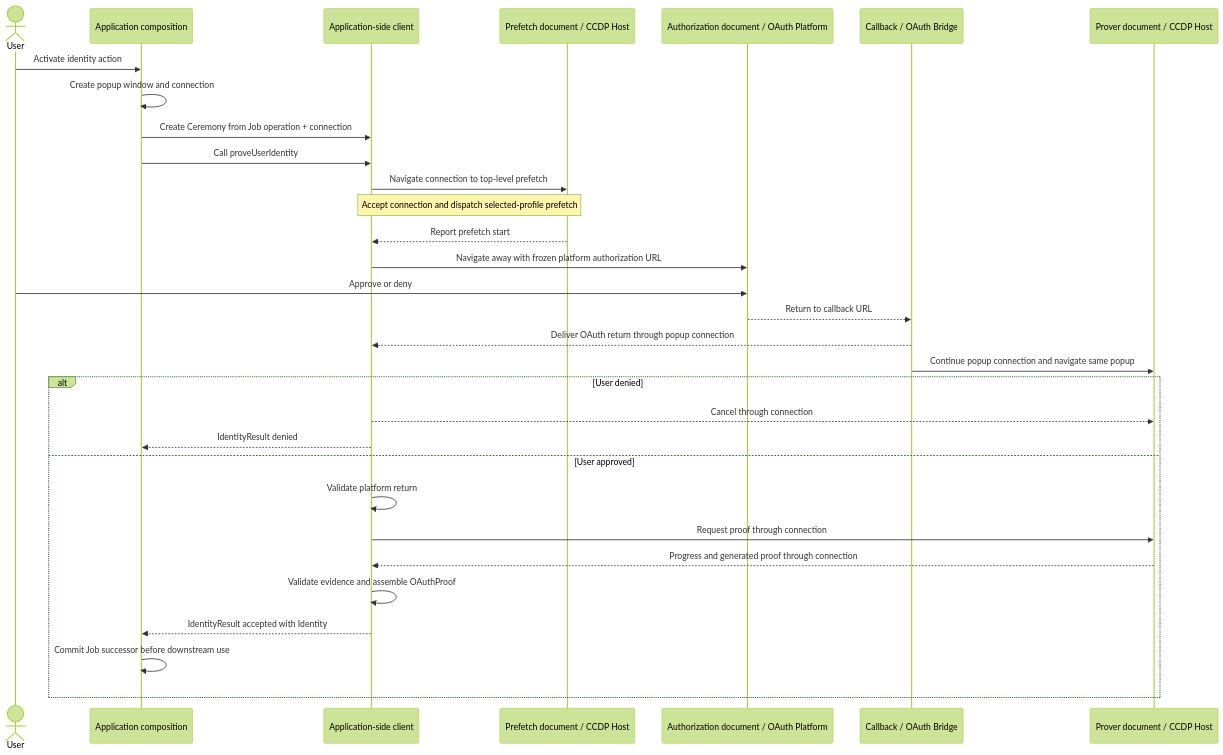
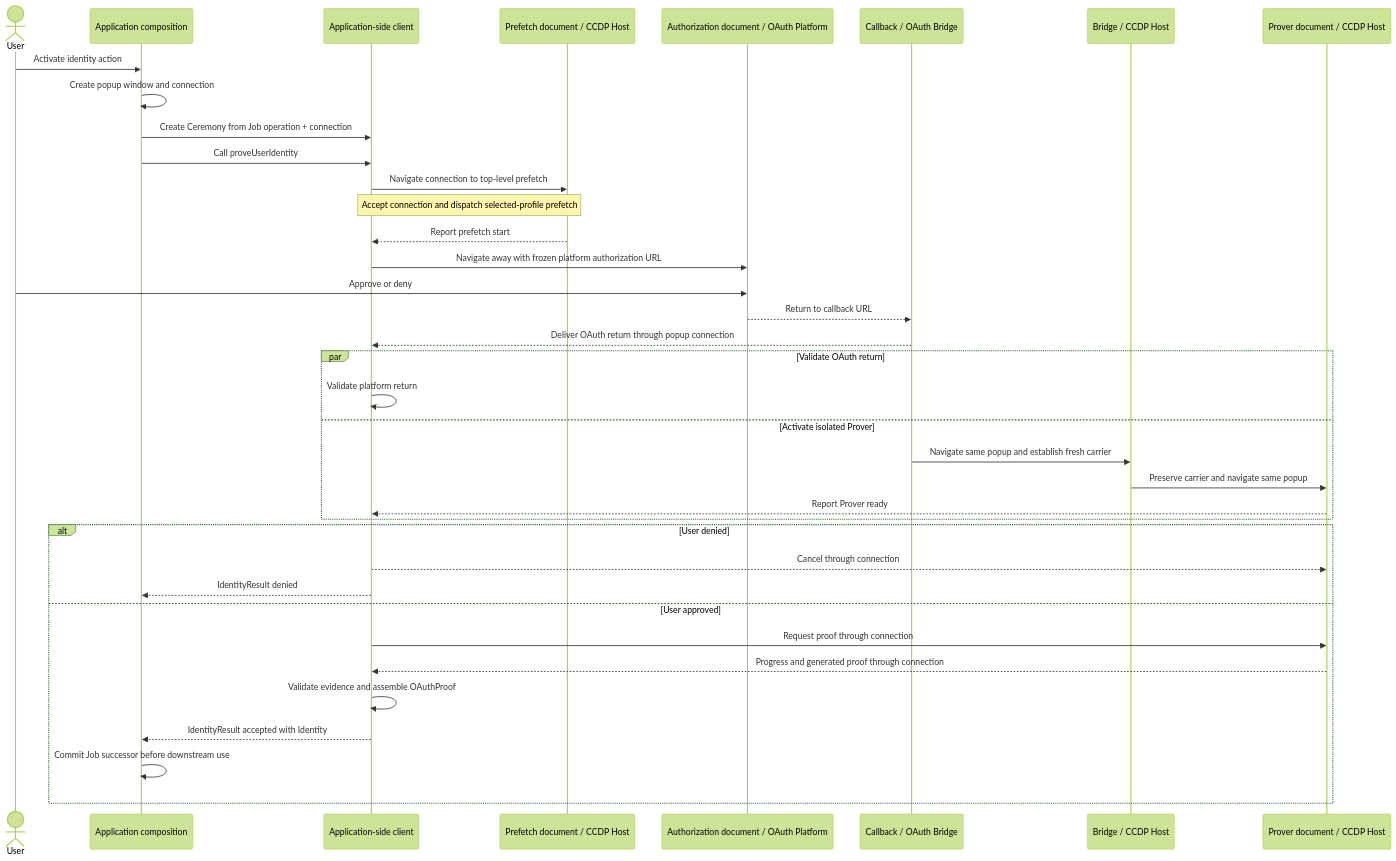
Before and after one commit to libid-org/libid: the diagram in ts/packages/ceremony/ARCHITECTURE.md, drawn with Mermaid (forest theme). The commit also changed other lines of this file and 5 other files, not shown here.

Commit message:
docs(ccdp): define prover bridge transition

````diff
--- a/ts/packages/ceremony/ARCHITECTURE.md
+++ b/ts/packages/ceremony/ARCHITECTURE.md
@@ -42,34 +42,40 @@
 ```mermaid
 sequenceDiagram
     actor U as User
     participant A as Application composition
     participant C as Application-side client
     participant F as Prefetch document / CCDP Host
     participant O as Authorization document / OAuth Platform
     participant P as Callback / OAuth Bridge
+    participant B as Bridge / CCDP Host
     participant R as Prover document / CCDP Host
 
     U->>A: Activate identity action
     A->>A: Create popup window and connection
     A->>C: Create Ceremony from Job operation + connection
     A->>C: Call proveUserIdentity
     C->>F: Navigate connection to top-level prefetch
     Note over C,F: Accept connection and dispatch selected-profile prefetch
     F-->>C: Report prefetch start
     C->>O: Navigate away with frozen platform authorization URL
     U->>O: Approve or deny
     O-->>P: Return to callback URL
     P-->>C: Deliver OAuth return through popup connection
-    P->>R: Continue popup connection and navigate same popup
+    par Validate OAuth return
+        C->>C: Validate platform return
+    and Activate isolated Prover
+        P->>B: Navigate same popup and establish fresh carrier
+        B->>R: Preserve carrier and navigate same popup
+        R-->>C: Report Prover ready
+    end
     alt User denied
         C-->>R: Cancel through connection
         C-->>A: IdentityResult denied
     else User approved
-        C->>C: Validate platform return
         C->>R: Request proof through connection
         R-->>C: Progress and generated proof through connection
         C->>C: Validate evidence and assemble OAuthProof
         C-->>A: IdentityResult accepted with Identity
         A->>A: Commit Job successor before downstream use
     end
 ```
````
